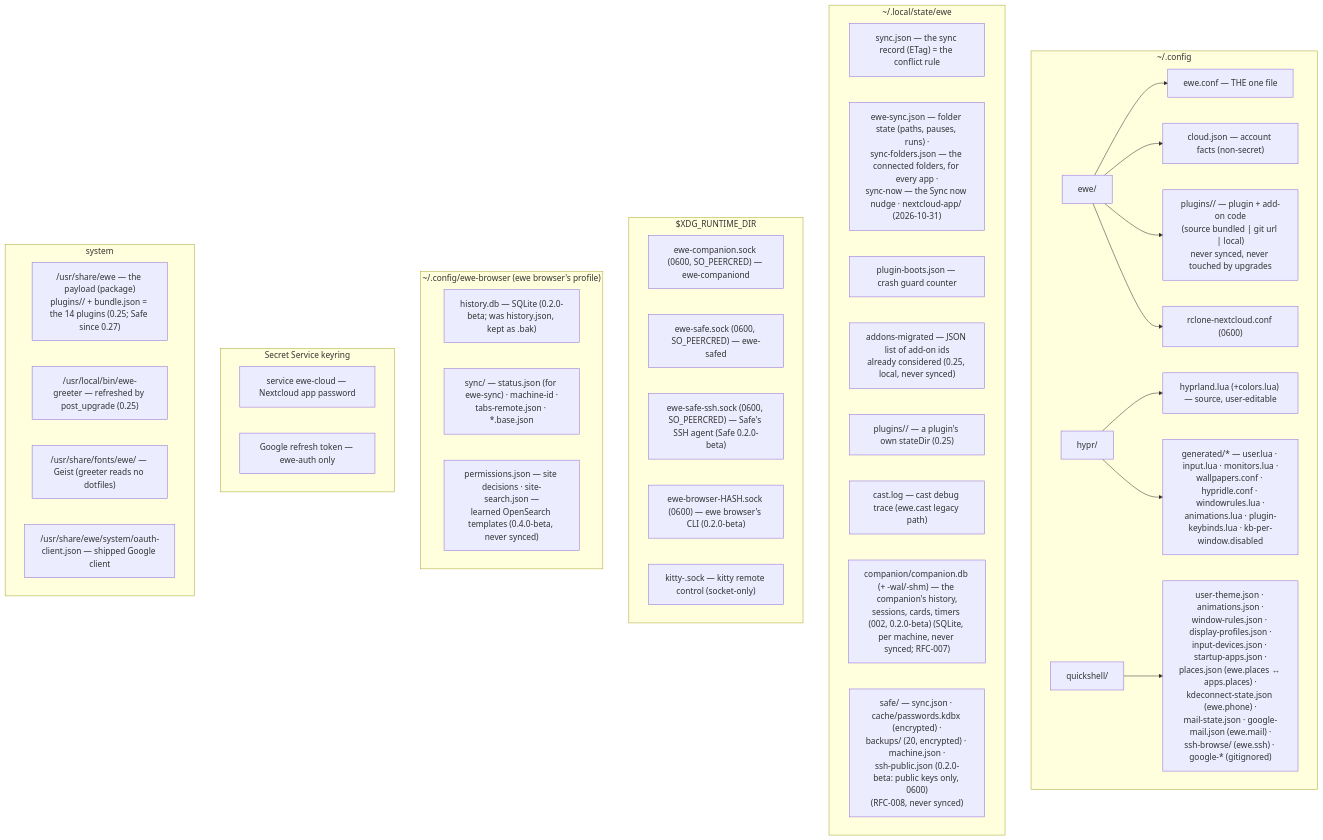
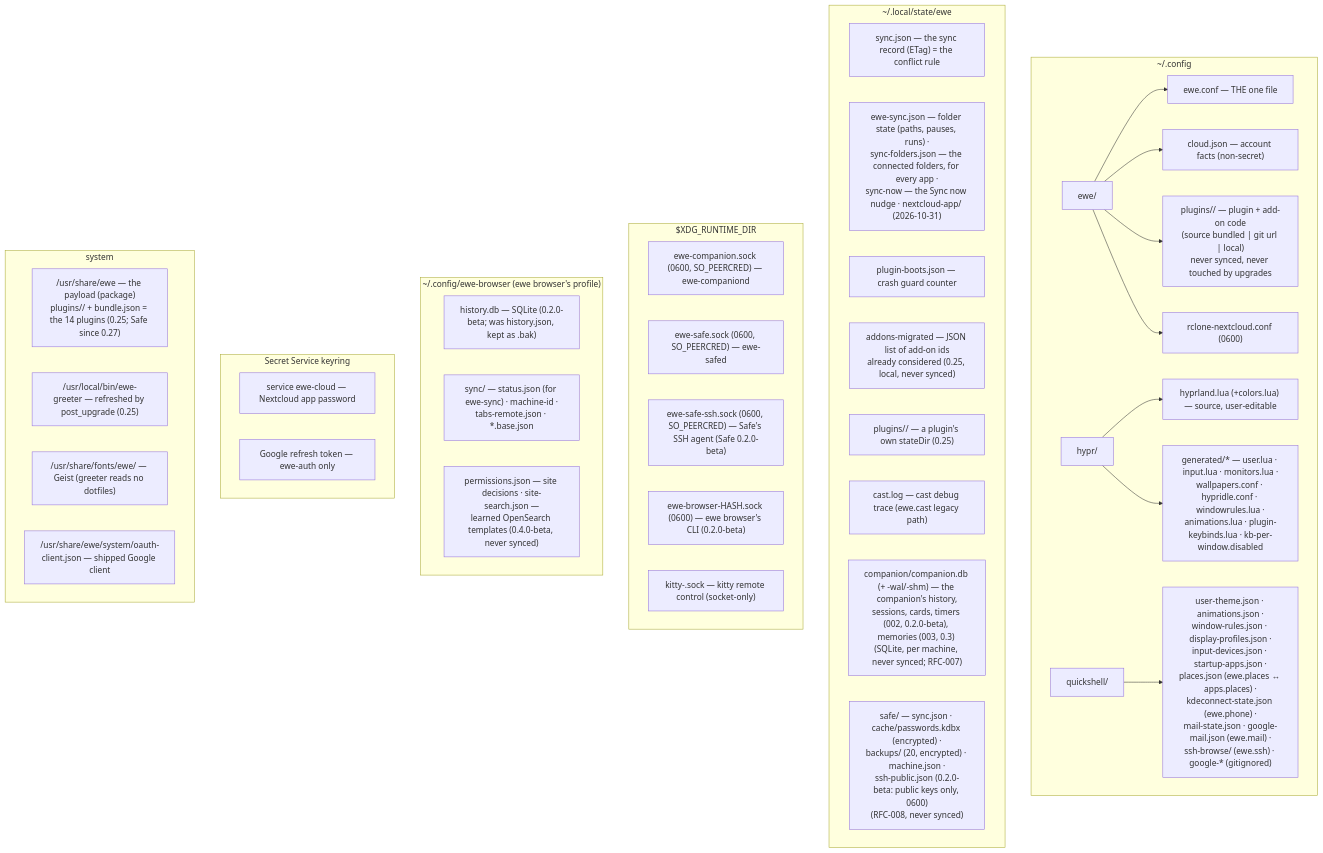
The diagram in 12-Reference/Storage Map.md (prj786/ewe-map), drawn with Mermaid before and after one commit. The commit also changed other lines of this file and 6 other files, not shown here.

````diff
--- a/12-Reference/Storage Map.md
+++ b/12-Reference/Storage Map.md
@@ -14,44 +14,44 @@
 ```mermaid
 flowchart TB
     subgraph CFG["~/.config"]
         EWE["ewe/"] --> CONF["ewe.conf — THE one file"]
         EWE --> CLOUD["cloud.json — account facts (non-secret)"]
         EWE --> PLUGS["plugins/<id>/ — plugin + add-on code<br/>(source bundled | git url | local)<br/>never synced, never touched by upgrades"]
         EWE --> RCLONE["rclone-nextcloud.conf (0600)"]
         HYPR["hypr/"] --> HYPRLUA["hyprland.lua (+colors.lua) — source, user-editable"]
         HYPR --> GEN["generated/* — user.lua · input.lua · monitors.lua ·<br/>wallpapers.conf · hypridle.conf · windowrules.lua ·<br/>animations.lua · plugin-keybinds.lua · kb-per-window.disabled"]
         QS["quickshell/"] --> QSJ["user-theme.json · animations.json ·<br/>window-rules.json · display-profiles.json ·<br/>input-devices.json · startup-apps.json ·<br/>places.json (ewe.places ↔ apps.places) ·<br/>kdeconnect-state.json (ewe.phone) ·<br/>mail-state.json · google-mail.json (ewe.mail) ·<br/>ssh-browse/ (ewe.ssh) · google-* (gitignored)"]
     end
     subgraph STATE["~/.local/state/ewe"]
         SYNC["sync.json — the sync record (ETag) = the conflict rule"]
         FOLD["ewe-sync.json — folder state (paths, pauses, runs) ·<br/>sync-folders.json — the connected folders, for every app ·<br/>sync-now — the Sync now nudge · nextcloud-app/ (2026-10-31)"]
         BOOTS["plugin-boots.json — crash guard counter"]
         MIGR["addons-migrated — JSON list of add-on ids<br/>already considered (0.25, local, never synced)"]
         PSTATE["plugins/<id>/ — a plugin's own stateDir (0.25)"]
         CAST["cast.log — cast debug trace (ewe.cast legacy path)"]
-        COMP["companion/companion.db (+ -wal/-shm) — the companion's history,<br/>sessions, cards, timers (002, 0.2.0-beta) (SQLite, per machine, never synced; RFC-007)"]
+        COMP["companion/companion.db (+ -wal/-shm) — the companion's history,<br/>sessions, cards, timers (002, 0.2.0-beta), memories (003, 0.3) (SQLite, per machine, never synced; RFC-007)"]
         SAFE["safe/ — sync.json · cache/passwords.kdbx (encrypted) ·<br/>backups/ (20, encrypted) · machine.json ·<br/>ssh-public.json (0.2.0-beta: public keys only, 0600)<br/>(RFC-008, never synced)"]
     end
     subgraph RUN["$XDG_RUNTIME_DIR"]
         CSOCK["ewe-companion.sock (0600, SO_PEERCRED) — ewe-companiond"]
         SSOCK["ewe-safe.sock (0600, SO_PEERCRED) — ewe-safed"]
         SSHSOCK["ewe-safe-ssh.sock (0600, SO_PEERCRED) — Safe's SSH agent (Safe 0.2.0-beta)"]
         BSOCK["ewe-browser-HASH.sock (0600) — ewe browser's CLI (0.2.0-beta)"]
         KSOCK["kitty-<pid>.sock — kitty remote control (socket-only)"]
     end
     subgraph BROWSER["~/.config/ewe-browser (ewe browser's profile)"]
         BHIST["history.db — SQLite (0.2.0-beta; was history.json, kept as .bak)"]
         BSYNC["sync/ — status.json (for ewe-sync) · machine-id ·<br/>tabs-remote.json · *.base.json"]
         BPRIV["permissions.json — site decisions · site-search.json —<br/>learned OpenSearch templates (0.4.0-beta, never synced)"]
     end
     subgraph KEYRING["Secret Service keyring"]
         KC["service ewe-cloud — Nextcloud app password"]
         KG["Google refresh token — ewe-auth only"]
     end
     subgraph SYSTEM["system"]
         PAY["/usr/share/ewe — the payload (package)<br/>plugins/<id>/ + bundle.json = the 14 plugins (0.25; Safe since 0.27)"]
         GREET["/usr/local/bin/ewe-greeter — refreshed by post_upgrade (0.25)"]
         FONTS["/usr/share/fonts/ewe/ — Geist (greeter reads no dotfiles)"]
         OAUTH["/usr/share/ewe/system/oauth-client.json — shipped Google client"]
     end
 ```
````
